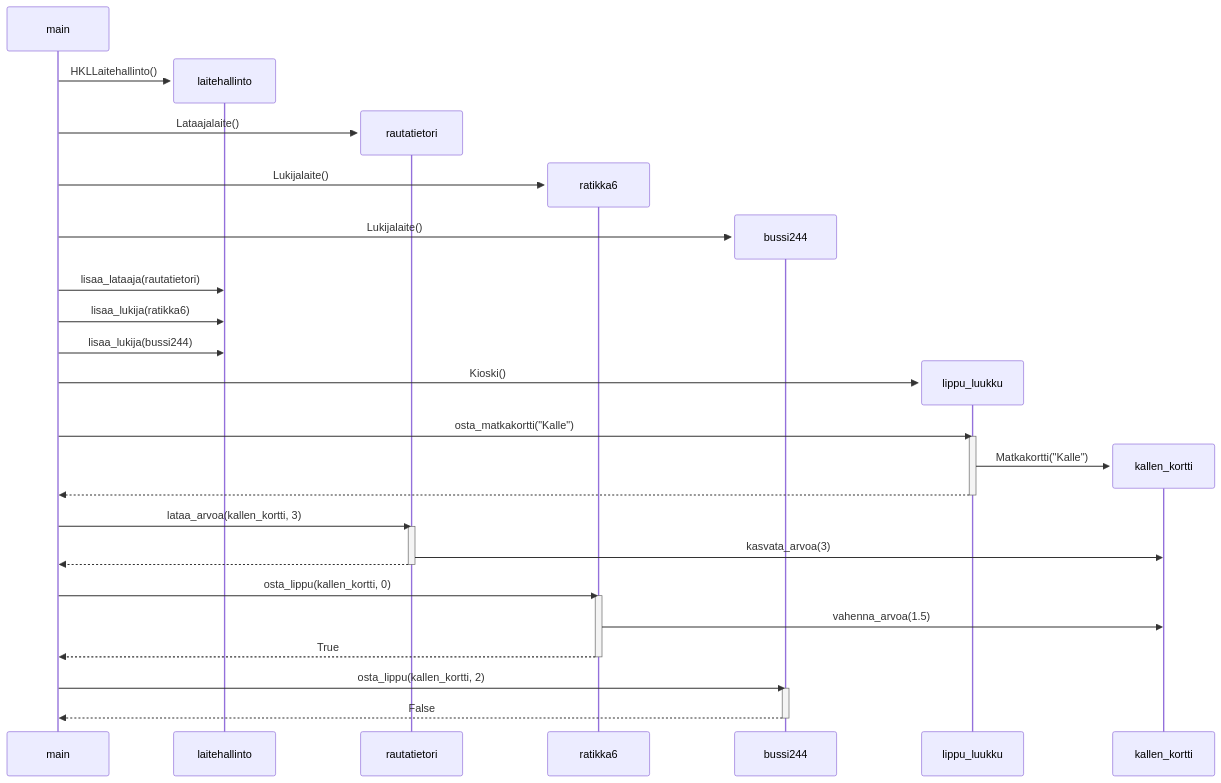
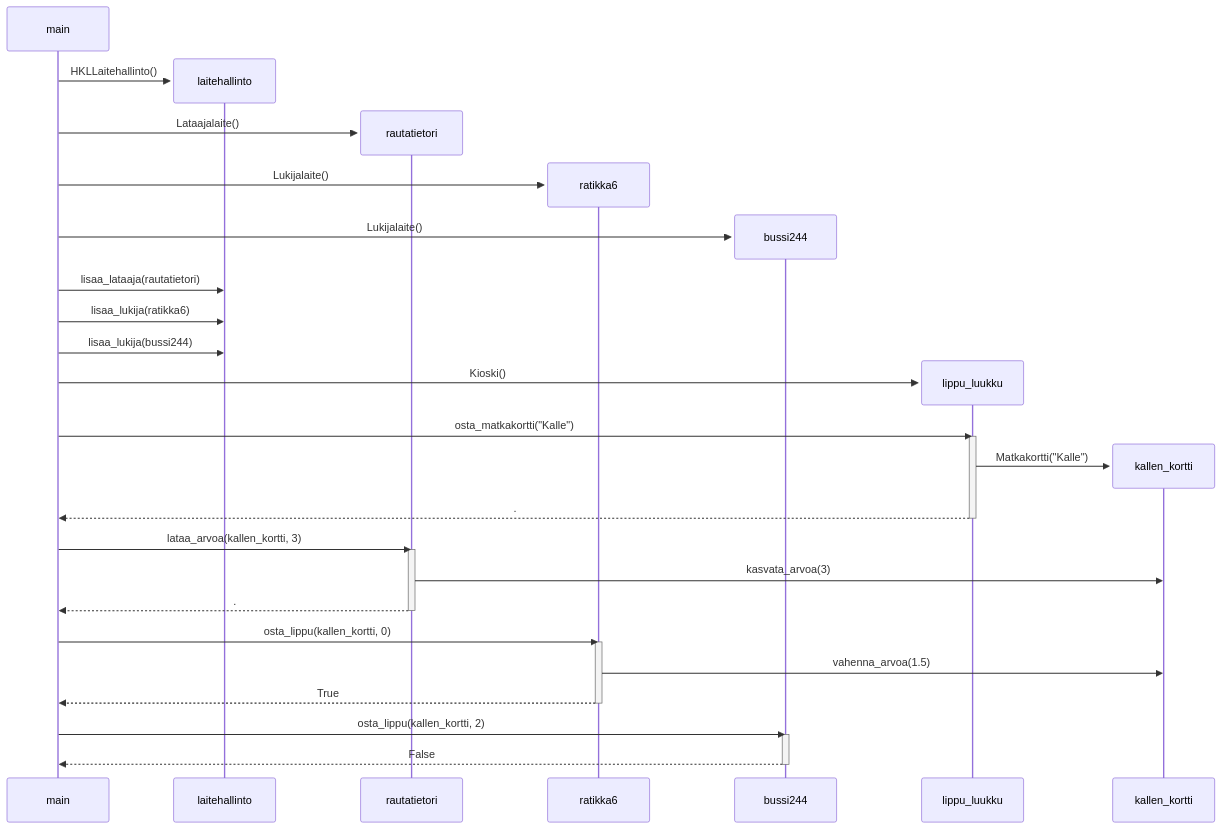
Before and after one commit to 0442/ot-harjoitustyo: the diagram in laskarit/viikko3/sekvenssikaavio.md, drawn with Mermaid.

Commit message:
Fix syntax error

````diff
--- a/laskarit/viikko3/sekvenssikaavio.md
+++ b/laskarit/viikko3/sekvenssikaavio.md
@@ -1,44 +1,44 @@
 ```mermaid
 sequenceDiagram
     participant main
     create participant laitehallinto
     main ->> laitehallinto: HKLLaitehallinto()
     create participant rautatietori
     main ->> rautatietori: Lataajalaite()
     create participant ratikka6
     main ->> ratikka6: Lukijalaite()
     create participant bussi244
     main ->> bussi244: Lukijalaite()
 
     main ->> laitehallinto: lisaa_lataaja(rautatietori)
     main ->> laitehallinto: lisaa_lukija(ratikka6)
     main ->> laitehallinto: lisaa_lukija(bussi244)
 
     create participant lippu_luukku
     main ->> lippu_luukku: Kioski()
 
 
     main ->> lippu_luukku: osta_matkakortti("Kalle")
     activate lippu_luukku
     create participant kallen_kortti
     lippu_luukku ->> kallen_kortti: Matkakortti("Kalle")
-    lippu_luukku -->> main:
+    lippu_luukku -->> main: .
     deactivate lippu_luukku
 
     main ->> rautatietori: lataa_arvoa(kallen_kortti, 3)
     activate rautatietori
     rautatietori ->> kallen_kortti: kasvata_arvoa(3)
-    rautatietori -->> main:
+    rautatietori -->> main: .
     deactivate rautatietori
 
     main ->> ratikka6: osta_lippu(kallen_kortti, 0)
     activate ratikka6
     ratikka6 ->> kallen_kortti: vahenna_arvoa(1.5)
     ratikka6 -->> main: True
     deactivate ratikka6
 
     main ->> bussi244: osta_lippu(kallen_kortti, 2)
     activate bussi244
     bussi244 -->> main: False
     deactivate bussi244
 ```
````
